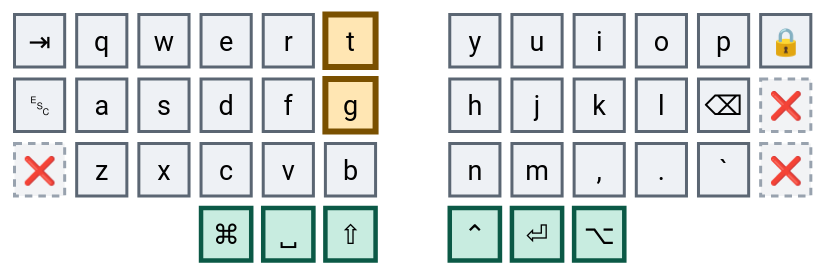
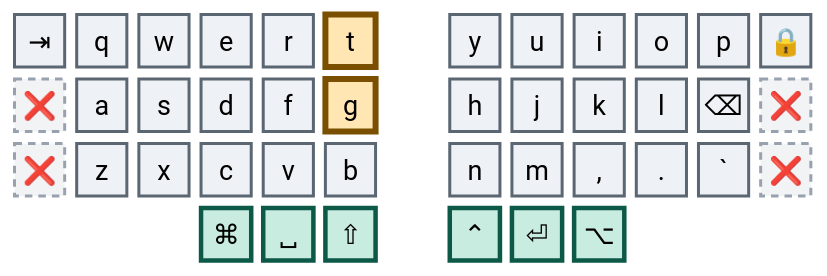
One commit to abloch/zmk-corne changed the first of 41 diagrams in combos.md. Above: the diagram before and after it, drawn with Mermaid. The commit also changed other lines of this file and 5 other files, not shown here.

````diff
--- a/combos.md
+++ b/combos.md
@@ -25,21 +25,21 @@
 ```mermaid
 %%{init: {'theme':'base','themeVariables':{'primaryColor':'#eef1f5','primaryTextColor':'#0b0f14','primaryBorderColor':'#5b6673','nodeTextColor':'#0b0f14','textColor':'#0b0f14','mainBkg':'#eef1f5','fontSize':'18px'}}}%%
 block
 columns 13
 
   tab["⇥"] q w e r t space y u i o p lock["🔒"]
-  esc["␛"] a s d f g space h j k l bspc["⌫"] x1["❌"]
+  x4["❌"] a s d f g space h j k l bspc["⌫"] x1["❌"]
   x2["❌"] z x c v b space n m cma[","] dot["."] grv[" `"] x3["❌"]
   space:3 cmd["⌘"] spc["␣"] sft["⇧"] space ctl["⌃"] ent["⏎"] alt["⌥"] space:3
 
   classDef anchor fill:#bfe6f0,stroke:#0a4f63,stroke-width:4px,color:#04222b
   classDef trig fill:#ffe6b3,stroke:#7a5000,stroke-width:4px,color:#2e1e00
   classDef core fill:#eef1f5,stroke:#5b6673,stroke-width:2px,color:#0b0f14
   classDef thumb fill:#c8ece0,stroke:#0b5946,stroke-width:3px,color:#06241c
   classDef dead fill:#f2f3f5,stroke:#98a2ae,stroke-width:2px,stroke-dasharray:5 4,color:#5b6673
 
   class t,g trig
-  class tab,q,w,e,r,y,u,i,o,p,lock,esc,a,s,d,f,h,j,k,l,bspc,z,x,c,v,b,n,m,cma,dot,grv core
+  class tab,q,w,e,r,y,u,i,o,p,lock,a,s,d,f,h,j,k,l,bspc,z,x,c,v,b,n,m,cma,dot,grv core
   class cmd,spc,sft,ctl,ent,alt thumb
-  class x1,x2,x3 dead
+  class x1,x2,x3,x4 dead
 ```
````
